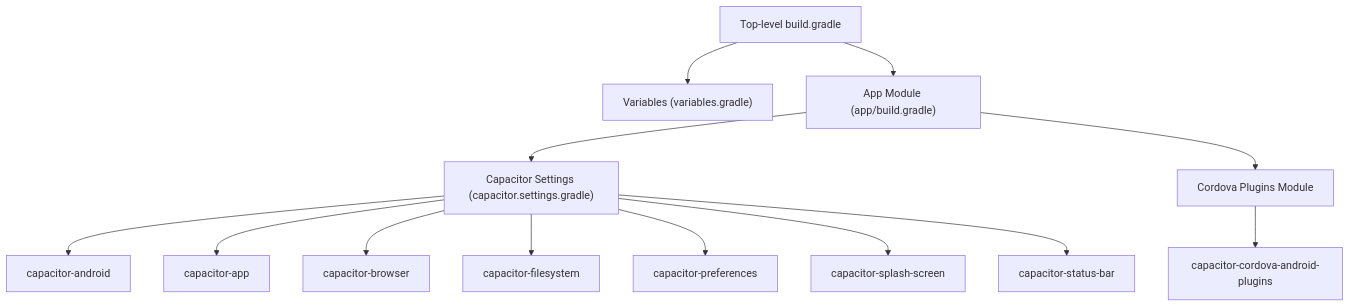
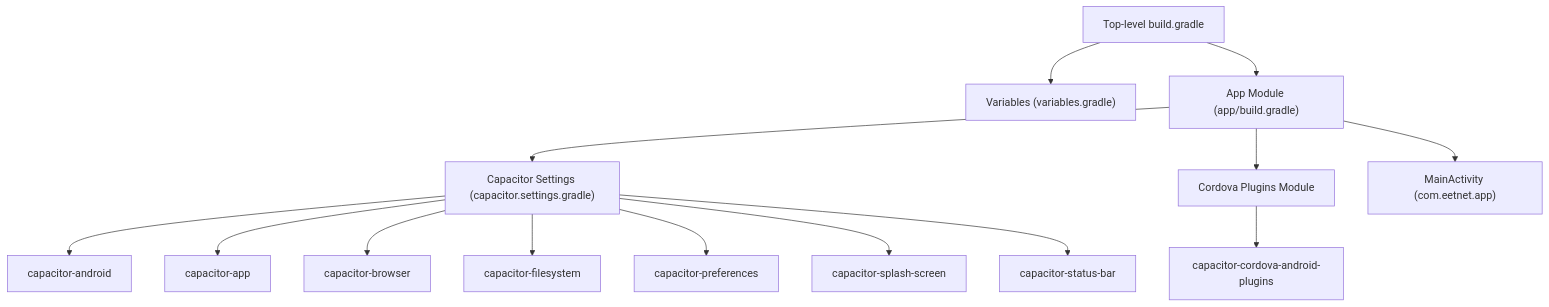
One commit to techniciansupremus-lab/Project-Anime changed the first of 3 diagrams in .qoder/repowiki/en/content/Deployment & DevOps/Build Processes/Android Build Pipeline.md. Above: the diagram before and after it, drawn with Mermaid. The commit also changed other lines of this file and 101 other files, not shown here.

````diff
--- a/.qoder/repowiki/en/content/Deployment & DevOps/Build Processes/Android Build Pipeline.md
+++ b/.qoder/repowiki/en/content/Deployment & DevOps/Build Processes/Android Build Pipeline.md
@@ -36,15 +47,16 @@
 ```mermaid
 graph TB
 A["Top-level build.gradle"] --> B["Variables (variables.gradle)"]
 A --> C["App Module (app/build.gradle)"]
 C --> D["Capacitor Settings (capacitor.settings.gradle)"]
 D --> E["capacitor-android"]
 D --> F["capacitor-app"]
 D --> G["capacitor-browser"]
 D --> H["capacitor-filesystem"]
 D --> I["capacitor-preferences"]
 D --> J["capacitor-splash-screen"]
 D --> K["capacitor-status-bar"]
 C --> L["Cordova Plugins Module"]
 L --> M["capacitor-cordova-android-plugins"]
+C --> N["MainActivity (com.eetnet.app)"]
 ```
````
